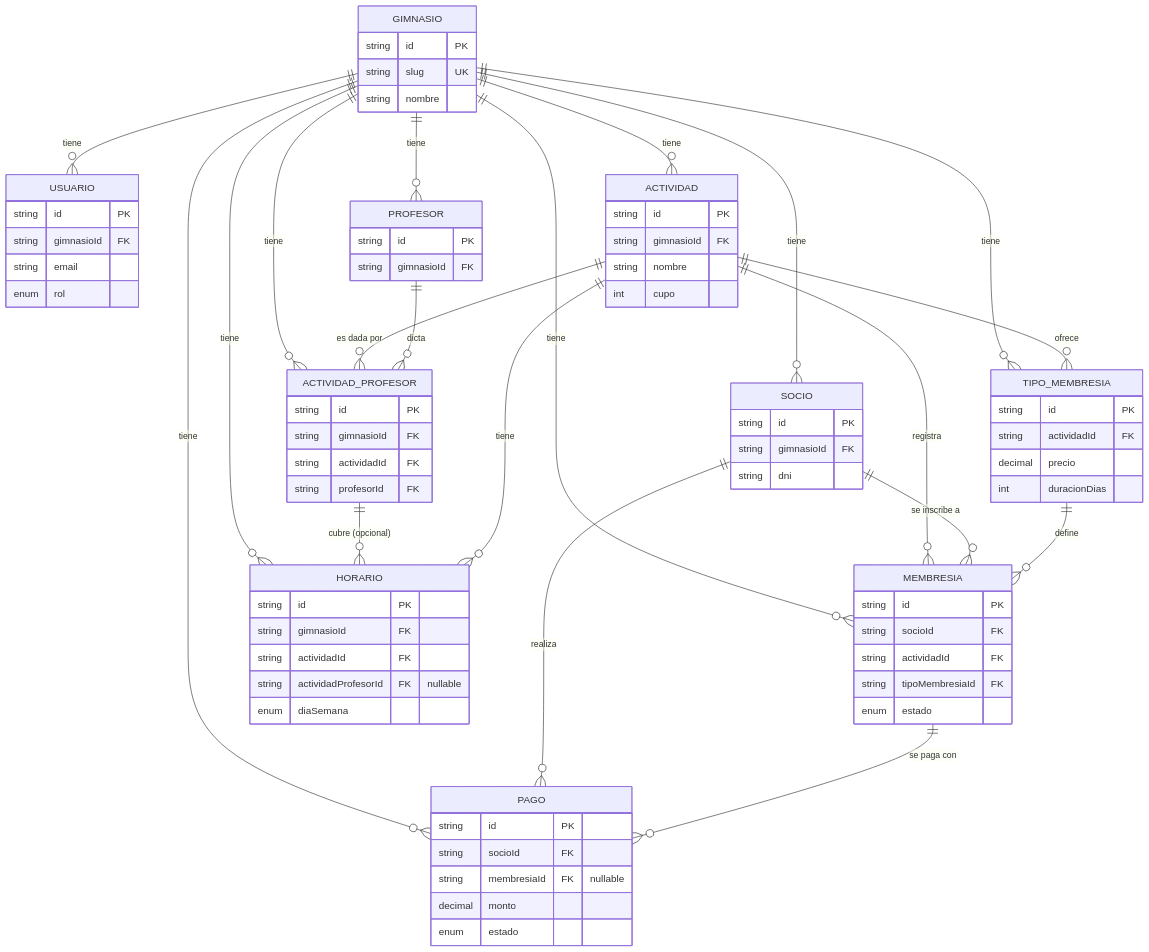
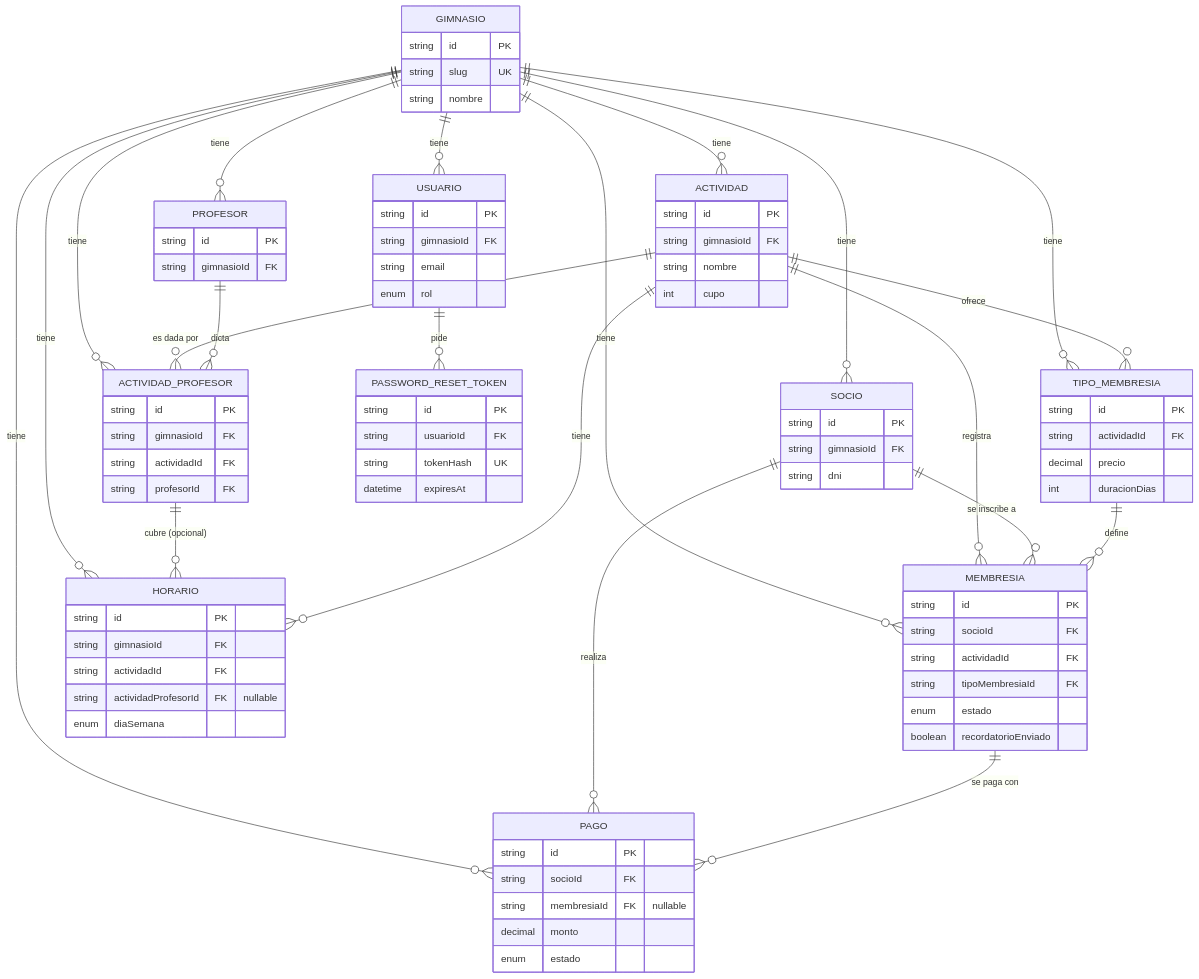
One commit to ClasiCKGit/MetSisII changed the diagram in docs/backend/database.md. Above: the diagram before and after it, drawn with Mermaid. The commit also changed other lines of this file and 10 other files, not shown here.

````diff
--- a/docs/backend/database.md
+++ b/docs/backend/database.md
@@ -13,6 +13,8 @@
     GIMNASIO ||--o{ PAGO : tiene
     GIMNASIO ||--o{ ACTIVIDAD_PROFESOR : tiene
     GIMNASIO ||--o{ HORARIO : tiene
+
+    USUARIO ||--o{ PASSWORD_RESET_TOKEN : pide
 
     ACTIVIDAD ||--o{ ACTIVIDAD_PROFESOR : "es dada por"
     PROFESOR  ||--o{ ACTIVIDAD_PROFESOR : "dicta"
@@ -79,6 +81,7 @@
         string actividadId FK
         string tipoMembresiaId FK
         enum estado
+        boolean recordatorioEnviado
     }
     PAGO {
         string id PK
@@ -87,4 +90,10 @@
         decimal monto
         enum estado
     }
+    PASSWORD_RESET_TOKEN {
+        string id PK
+        string usuarioId FK
+        string tokenHash UK
+        datetime expiresAt
+    }
 ```
````
